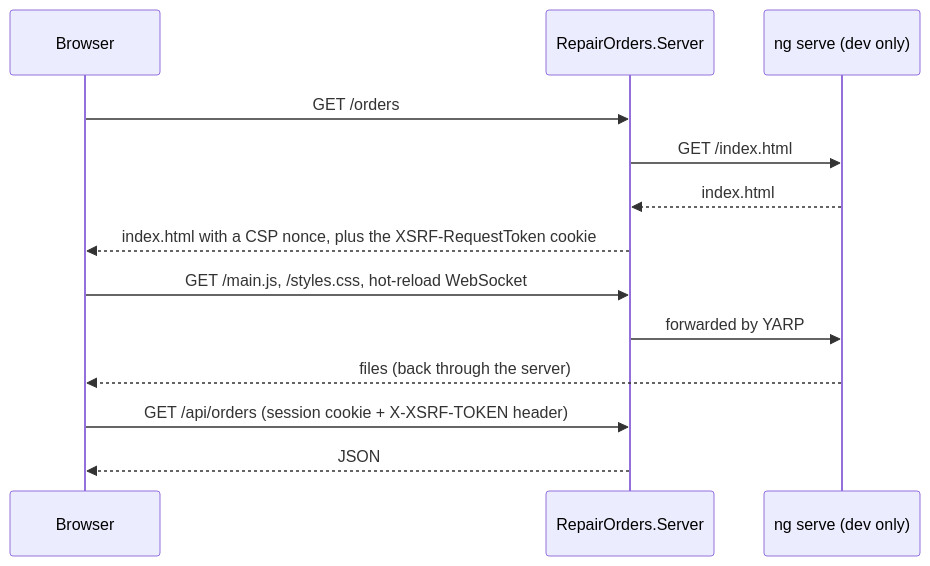
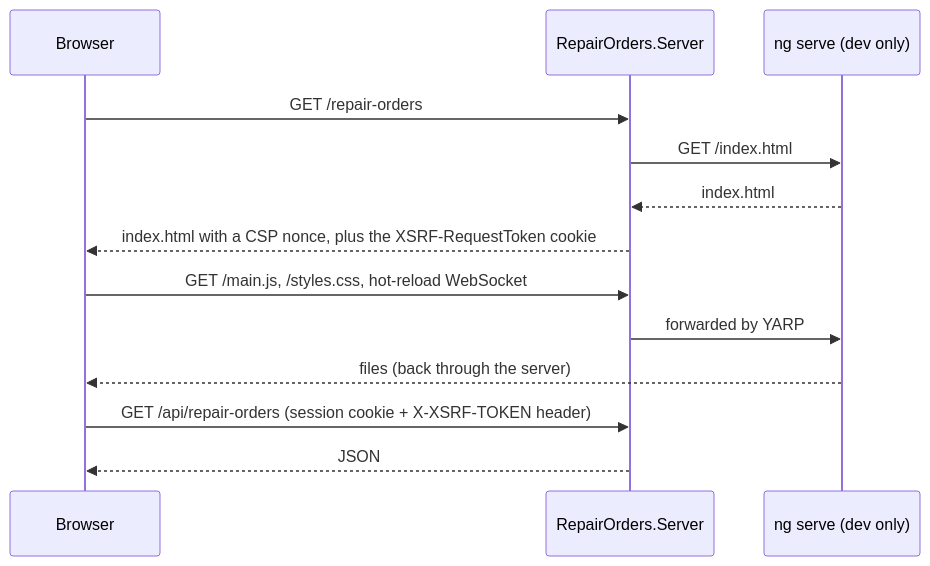
Before and after one commit to akhanalcs/bff-aspnetcore-angular: the fourth of 7 diagrams in README.md, drawn with Mermaid. The commit also changed other lines of this file and 6 other files, not shown here.

````diff
--- a/README.md
+++ b/README.md
@@ -62,15 +125,15 @@
 ```mermaid
 sequenceDiagram
     participant B as Browser
     participant S as RepairOrders.Server
     participant NG as ng serve (dev only)
-    B->>S: GET /orders
+    B->>S: GET /repair-orders
     S->>NG: GET /index.html
     NG-->>S: index.html
     S-->>B: index.html with a CSP nonce, plus the XSRF-RequestToken cookie
     B->>S: GET /main.js, /styles.css, hot-reload WebSocket
     S->>NG: forwarded by YARP
     NG-->>B: files (back through the server)
-    B->>S: GET /api/orders (session cookie + X-XSRF-TOKEN header)
+    B->>S: GET /api/repair-orders (session cookie + X-XSRF-TOKEN header)
     S-->>B: JSON
 ```
````
